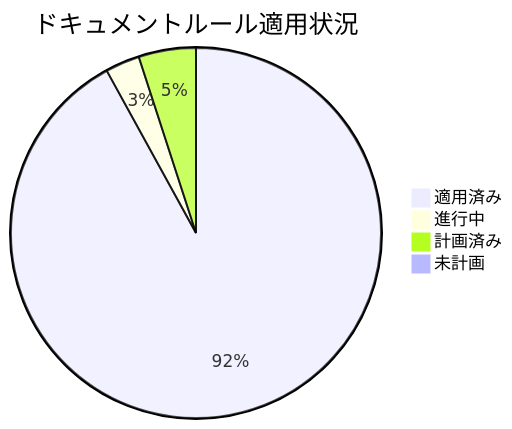
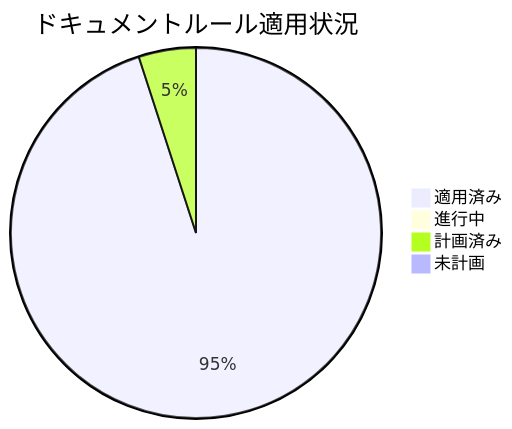
Before and after one commit to ToyB0x/git-resume: the first of 2 diagrams in docs/PLAN_AND_PROGRESS.md, drawn with Mermaid. The commit also changed other lines of this file and 2 other files, not shown here.

````diff
--- a/docs/PLAN_AND_PROGRESS.md
+++ b/docs/PLAN_AND_PROGRESS.md
@@ -124,7 +124,7 @@
 ```mermaid
 pie title ドキュメントルール適用状況
-    "適用済み" : 92
-    "進行中" : 3
+    "適用済み" : 95
+    "進行中" : 0
     "計画済み" : 5
     "未計画" : 0
 ```
````
